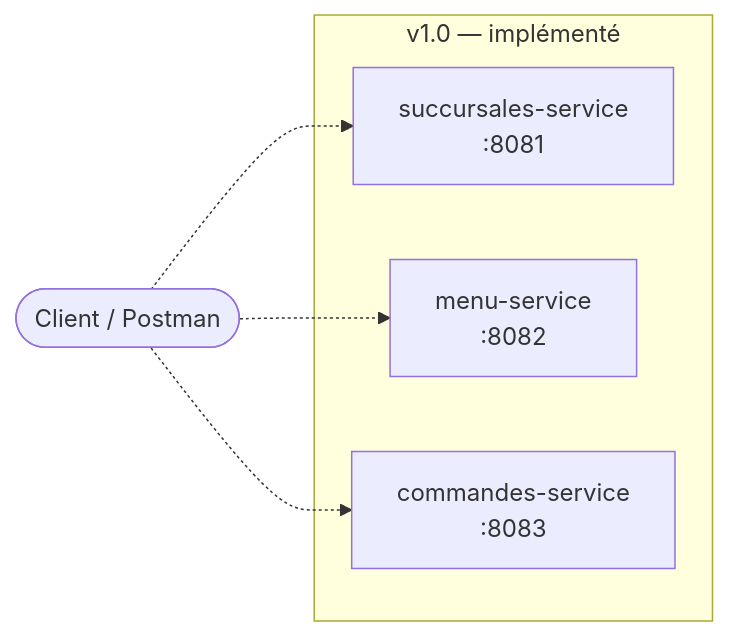
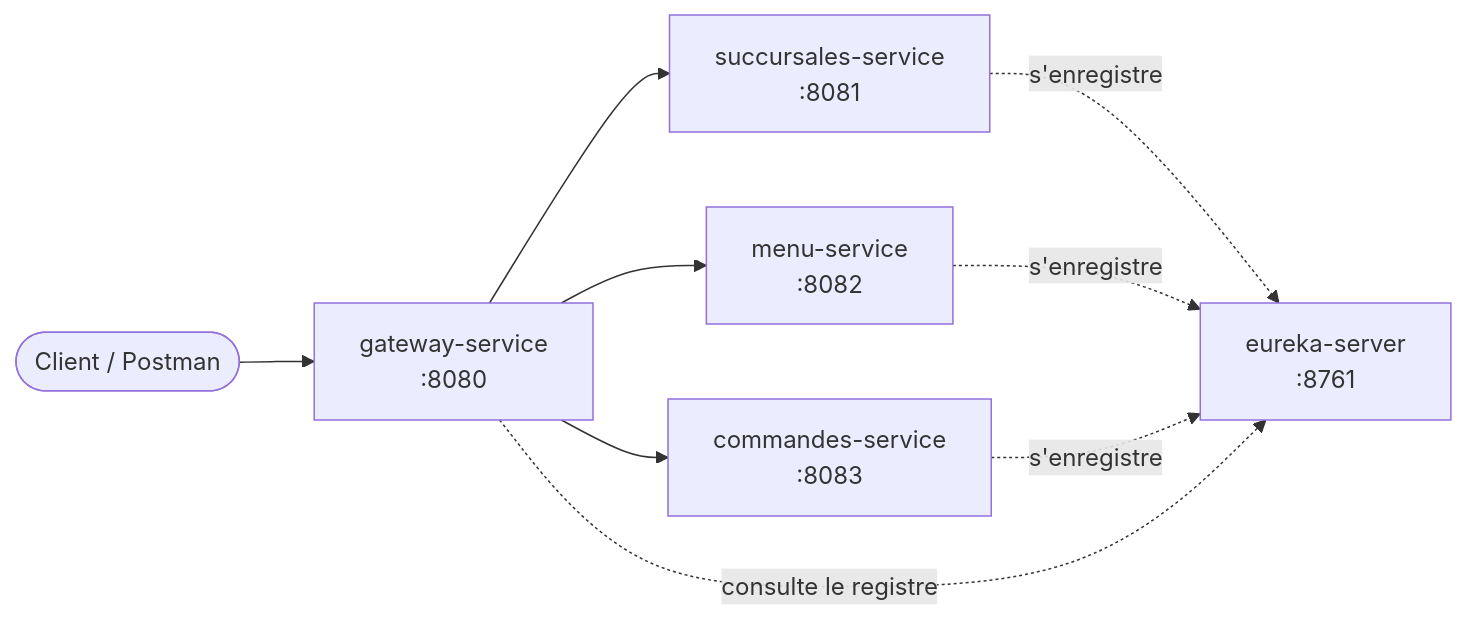
One commit to Wvssim/restaurant-chain-platform changed the third of 3 diagrams in README.md. Above: the diagram before and after it, drawn with Mermaid. The commit also changed other lines of this file and 17 other files, not shown here.

First line of the commit message:
Jalon v2.0 : registre Eureka et API Gateway (routage statique et dynamique)

````diff
--- a/README.md
+++ b/README.md
@@ -135,11 +135,11 @@
 ```mermaid
 flowchart LR
-    subgraph "v1.0 — implémenté"
-        A["succursales-service<br/>:8081"]
-        B["menu-service<br/>:8082"]
-        C["commandes-service<br/>:8083"]
-    end
-    Client(["Client / Postman"]) -.-> A
-    Client -.-> B
-    Client -.-> C
+    Client(["Client / Postman"]) --> GW["gateway-service<br/>:8080"]
+    GW --> A["succursales-service<br/>:8081"]
+    GW --> B["menu-service<br/>:8082"]
+    GW --> C["commandes-service<br/>:8083"]
+    A -. s'enregistre .-> EU["eureka-server<br/>:8761"]
+    B -. s'enregistre .-> EU
+    C -. s'enregistre .-> EU
+    GW -. consulte le registre .-> EU
 ```
````
